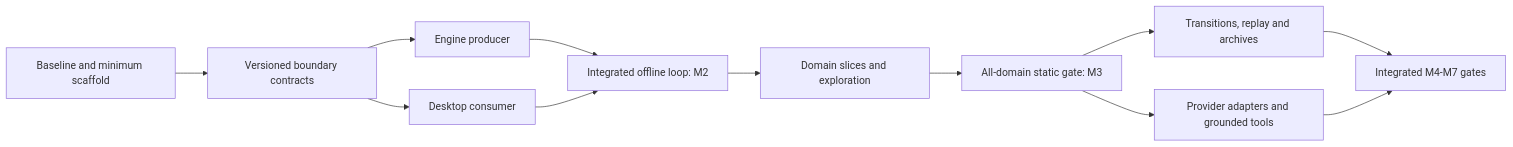
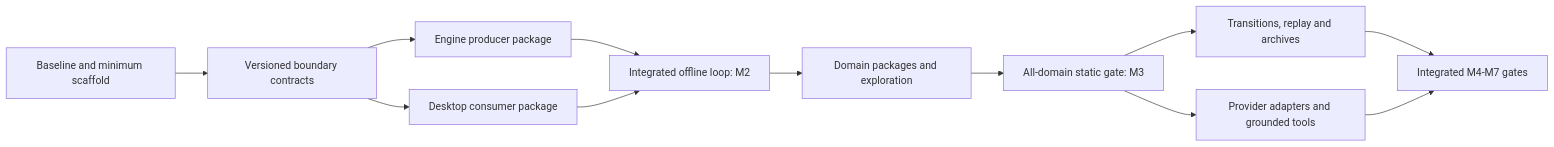
The diagram in docs/implementation_roadmap.md (playa77/poliscope), drawn with Mermaid before and after one commit. The commit also changed other lines of this file and 4 other files, not shown here.

````diff
--- a/docs/implementation_roadmap.md
+++ b/docs/implementation_roadmap.md
@@ -78,14 +78,14 @@
 ```mermaid
 flowchart LR
     BASE["Baseline and minimum scaffold"] --> WIRE["Versioned boundary contracts"]
-    WIRE --> ENGINE["Engine producer"]
-    WIRE --> DESKTOP["Desktop consumer"]
+    WIRE --> ENGINE["Engine producer package"]
+    WIRE --> DESKTOP["Desktop consumer package"]
     ENGINE --> SLICE["Integrated offline loop: M2"]
     DESKTOP --> SLICE
-    SLICE --> DOMAIN["Domain slices and exploration"]
+    SLICE --> DOMAIN["Domain packages and exploration"]
     DOMAIN --> STATIC["All-domain static gate: M3"]
     STATIC --> TIME["Transitions, replay and archives"]
     STATIC --> AI["Provider adapters and grounded tools"]
     TIME --> FINAL["Integrated M4-M7 gates"]
     AI --> FINAL
 ```
````
